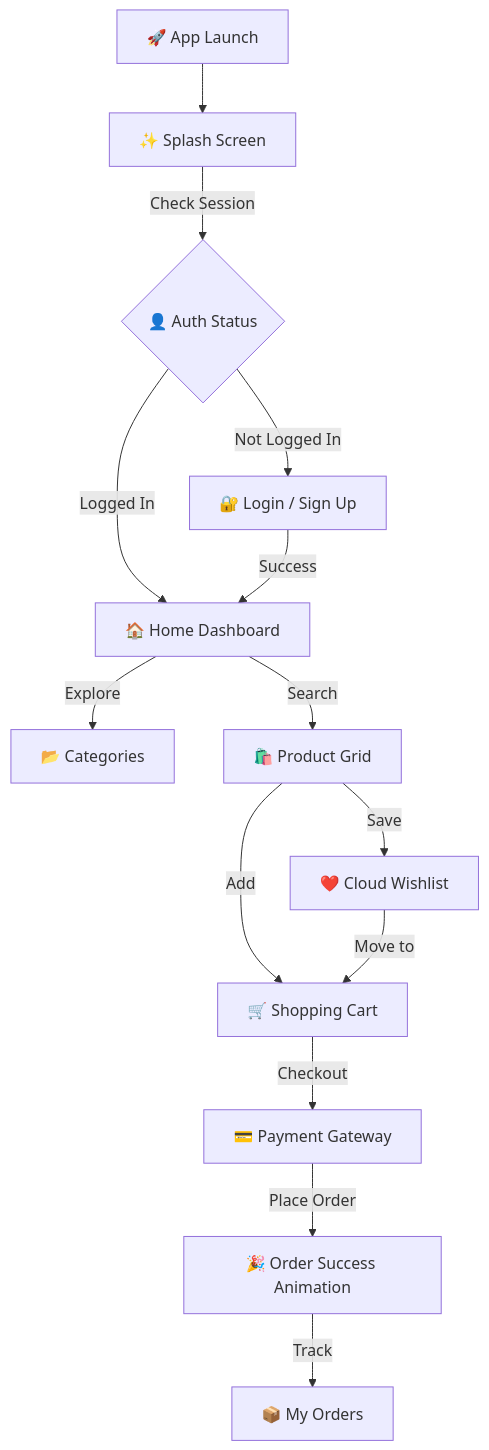
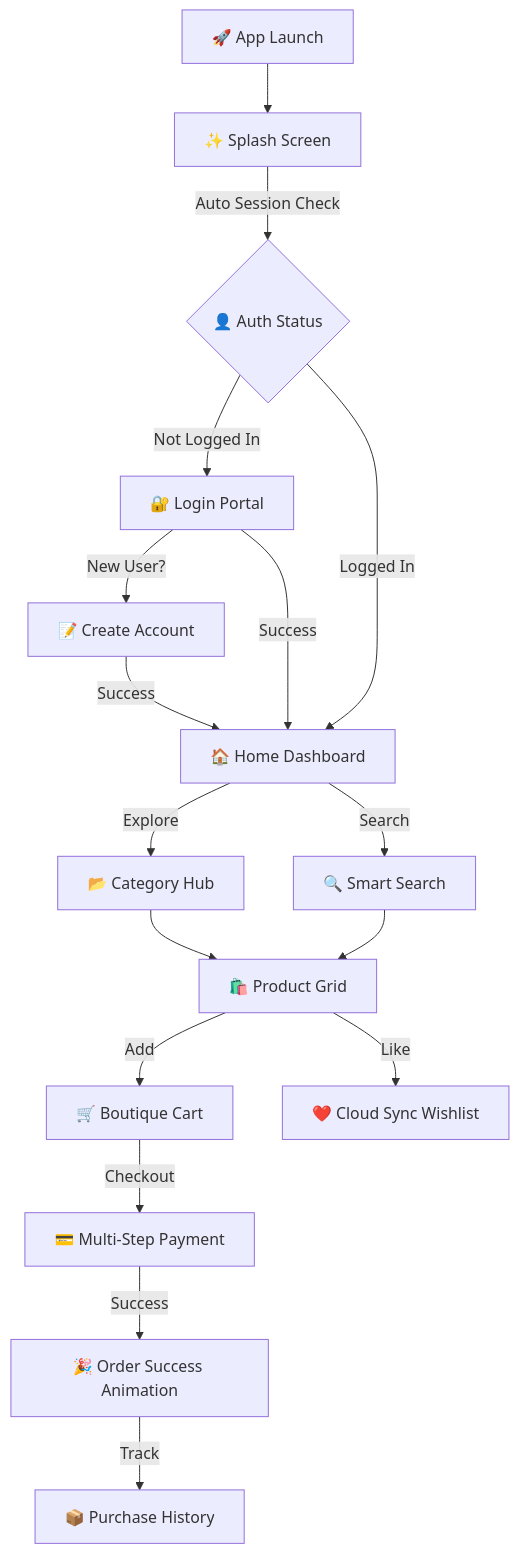
One commit to anshu-ac-dv/aura_mart changed the diagram in README.md. Above: the diagram before and after it, drawn with Mermaid. The commit also changed other lines of this file, not shown here.

````diff
--- a/README.md
+++ b/README.md
@@ -13,16 +21,25 @@
 ```mermaid
 graph TD
     Start[🚀 App Launch] --> Splash[✨ Splash Screen]
-    Splash -->|Check Session| Auth{👤 Auth Status}
-    Auth -->|Not Logged In| Login[🔐 Login / Sign Up]
-    Auth -->|Logged In| Home[🏠 Home Dashboard]
+    Splash -->|Auto Session Check| Auth{👤 Auth Status}
+    
+    Auth -->|Not Logged In| Login[🔐 Login Portal]
+    Login -->|New User?| Register[📝 Create Account]
+    Register -->|Success| Home[🏠 Home Dashboard]
     Login -->|Success| Home
-    Home -->|Explore| Categories[📂 Categories]
-    Home -->|Search| Products[🛍️ Product Grid]
-    Products -->|Save| Wishlist[❤️ Cloud Wishlist]
-    Products -->|Add| Cart[🛒 Shopping Cart]
-    Wishlist -->|Move to| Cart
-    Cart -->|Checkout| Checkout[💳 Payment Gateway]
-    Checkout -->|Place Order| Success[🎉 Order Success Animation]
-    Success -->|Track| Orders[📦 My Orders]
+    
+    Auth -->|Logged In| Home
+    
+    Home -->|Explore| Categories[📂 Category Hub]
+    Home -->|Search| Search[🔍 Smart Search]
+    
+    Categories --> Products[🛍️ Product Grid]
+    Search --> Products
+    
+    Products -->|Add| Cart[🛒 Boutique Cart]
+    Products -->|Like| Wishlist[❤️ Cloud Sync Wishlist]
+    
+    Cart -->|Checkout| Pay[💳 Multi-Step Payment]
+    Pay -->|Success| Success[🎉 Order Success Animation]
+    Success -->|Track| Orders[📦 Purchase History]
 ```
````
